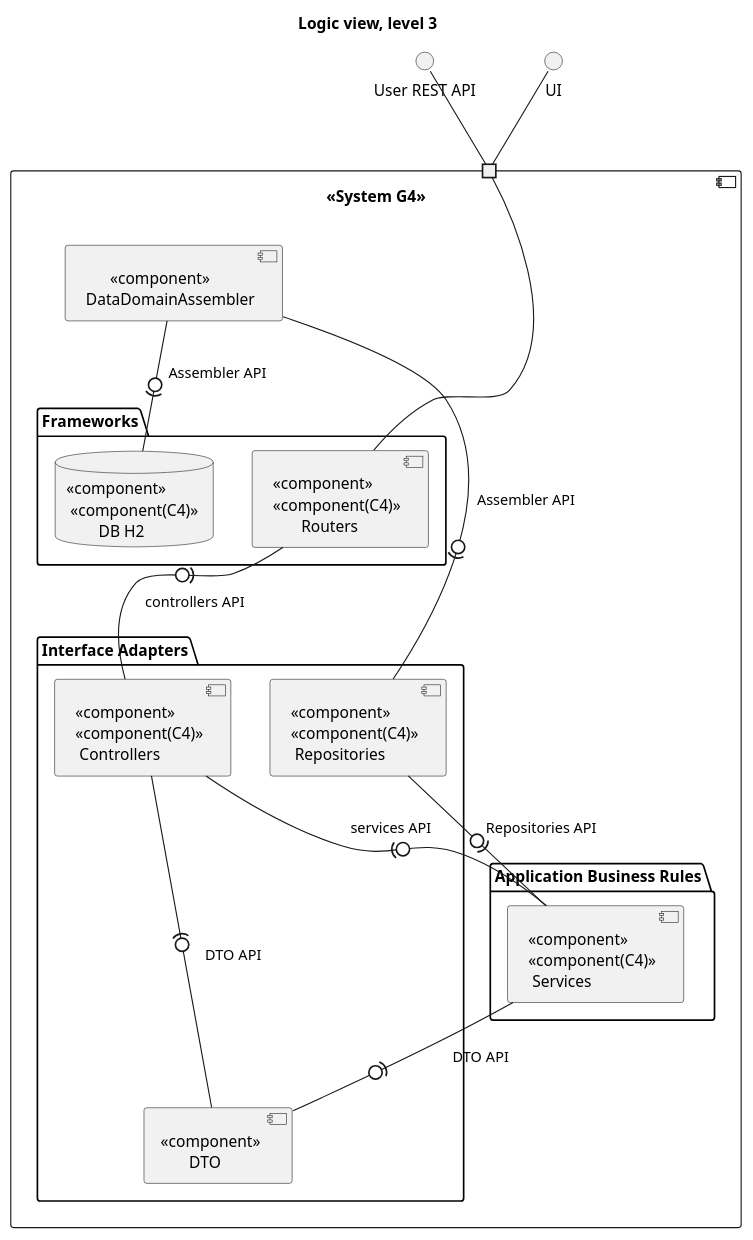
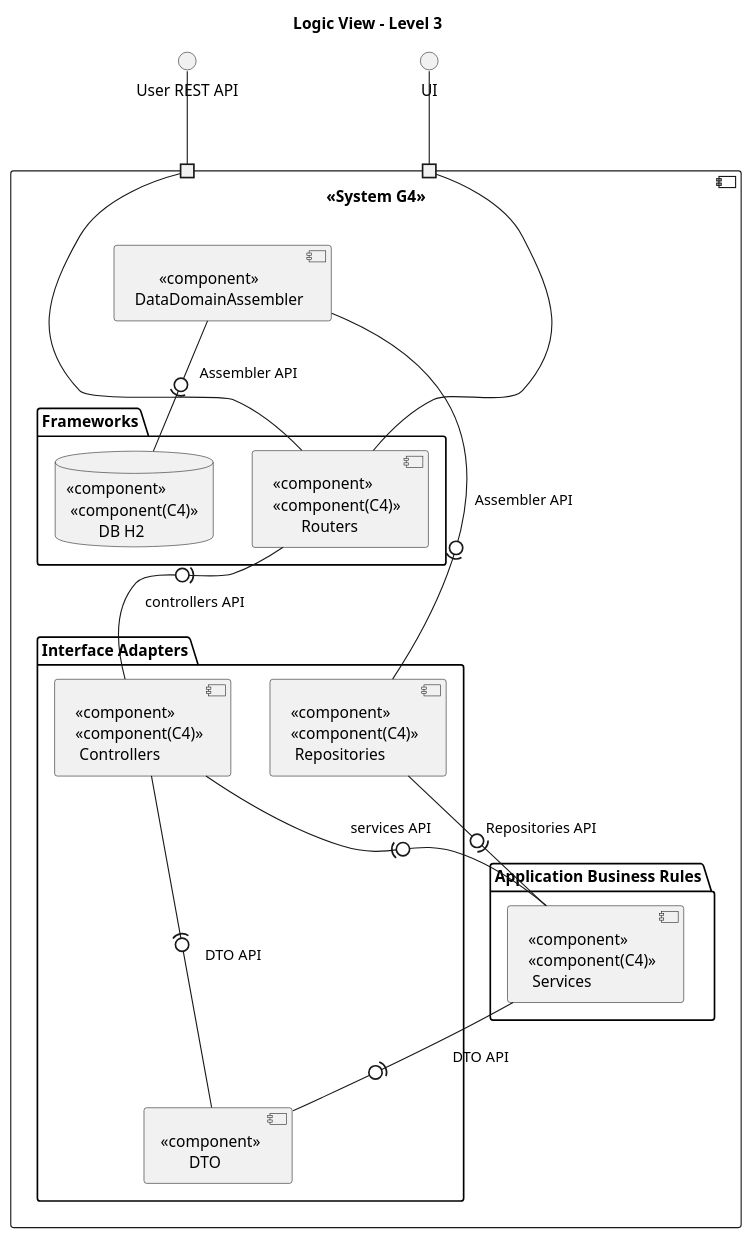
One commit to Loracline/project_switch_22-23 changed the third of 3 diagrams in docs/architectural_design_model/logic_view.puml. Above: the diagram before and after it, drawn with PlantUML. The commit also changed other lines of this file and 5 other files, not shown here.

Commit message:
NO US : Analysis and design : Update of architectural design model references #675

```diff
--- a/docs/architectural_design_model/logic_view.puml
+++ b/docs/architectural_design_model/logic_view.puml
@@ -36,37 +36,38 @@
 @startuml
-title Logic view, level 3
+title Logic View - Level 3
 () "User REST API" as API
 () "UI" as UI
 component "<<System G4>>" as G4 {
 port " "
+port "  "
 
 package "Frameworks" {
 
   [ <<component>>\n <<component(C4)>>\n        Routers] as R
   database "<<component>> \n <<component(C4)>> \n        DB H2" as DB
-
-  }
+}
 
 component "       <<component>> \n DataDomainAssembler" as schema
 
 package "Interface Adapters" {
   [<<component>> \n       DTO] as DTO
   [ <<component>>\n <<component(C4)>>\n  Controllers] as Cont
   [ <<component>>\n <<component(C4)>>\n  Repositories] as Rep
 }
 
 package "Application Business Rules" {
     [ <<component>>\n <<component(C4)>>\n  Services] as Serv
 }
 
 R -(0- Cont : controllers API
 Cont -(0- Serv : services API
 Cont -(0-- DTO : DTO API
 Serv -(0- DTO : DTO API
 Serv -(0- Rep : Repositories API
 Rep -(0- schema: Assembler API
 schema -0)- DB: Assembler API
 API -- " "
-UI -- " "
+UI -- "  "
 " " -- R
+"  " -- R
 @enduml
```
